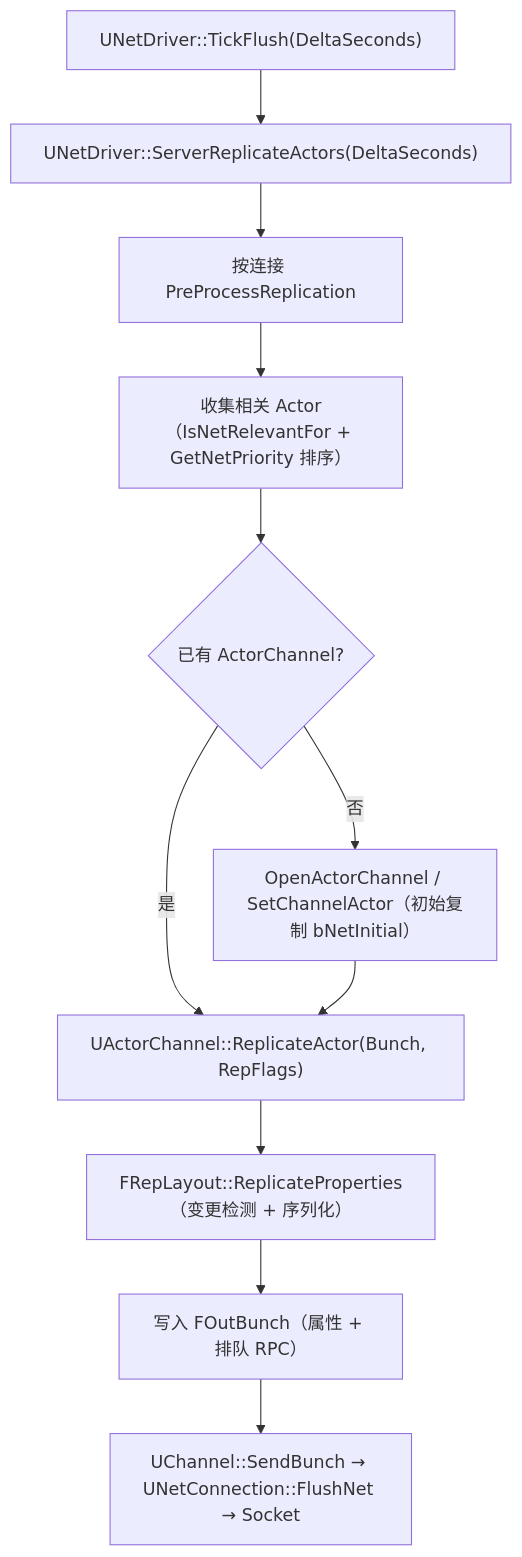
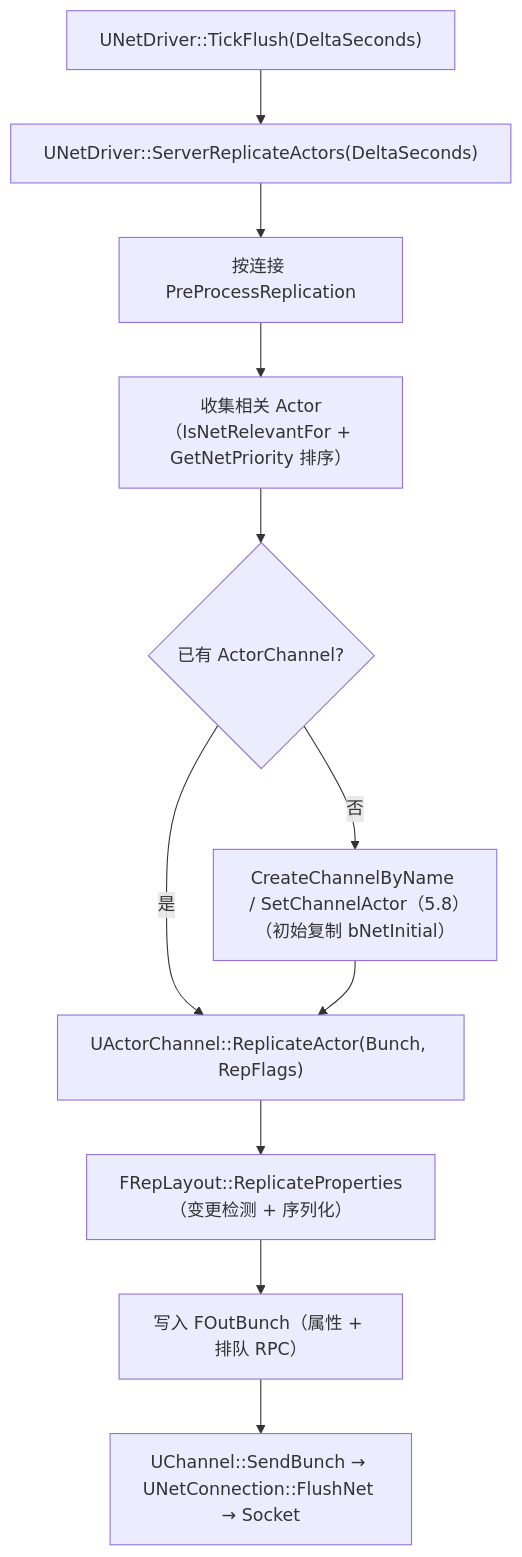
Before and after one commit to fantuan812/learning: the first of 2 diagrams in 游戏知识/12-引擎源码分析/09-网络复制与RPC源码.md, drawn with Mermaid. The commit also changed other lines of this file and 17 other files, not shown here.

````diff
--- a/游戏知识/12-引擎源码分析/09-网络复制与RPC源码.md
+++ b/游戏知识/12-引擎源码分析/09-网络复制与RPC源码.md
@@ -421,13 +419,13 @@
 ```mermaid
 flowchart TD
     A["UNetDriver::TickFlush(DeltaSeconds)"] --> B["UNetDriver::ServerReplicateActors(DeltaSeconds)"]
     B --> C["按连接 PreProcessReplication"]
     C --> D["收集相关 Actor（IsNetRelevantFor + GetNetPriority 排序）"]
     D --> E{"已有 ActorChannel?"}
-    E -- "否" --> F["OpenActorChannel / SetChannelActor（初始复制 bNetInitial）"]
+    E -- "否" --> F["CreateChannelByName / SetChannelActor（5.8）（初始复制 bNetInitial）"]
     E -- "是" --> G["UActorChannel::ReplicateActor(Bunch, RepFlags)"]
     F --> G
     G --> H["FRepLayout::ReplicateProperties（变更检测 + 序列化）"]
     H --> I["写入 FOutBunch（属性 + 排队 RPC）"]
     I --> J["UChannel::SendBunch → UNetConnection::FlushNet → Socket"]
 ```
````
